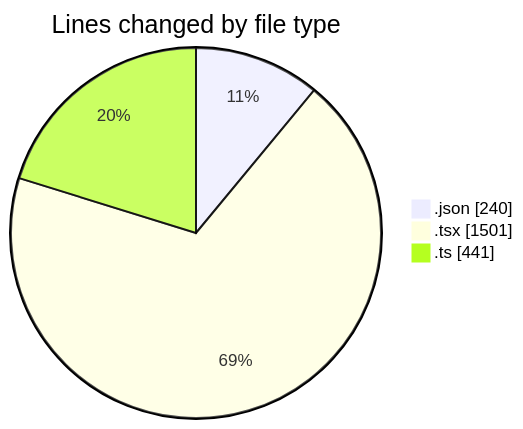
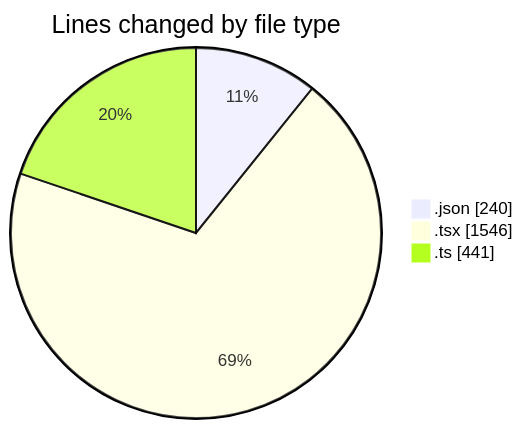
Before and after one commit to julien-gomy/code-tracking: the first of 2 diagrams in 2025-11-17/eventscop-frontend-guide__workspace_/README.md, drawn with Mermaid. The commit also changed other lines of this file and 1 other file, not shown here.

````diff
--- a/2025-11-17/eventscop-frontend-guide__workspace_/README.md
+++ b/2025-11-17/eventscop-frontend-guide__workspace_/README.md
@@ -29,7 +30,7 @@
 ```mermaid
 pie showData
 title Lines changed by file type
 ".json" : 240
-".tsx" : 1501
+".tsx" : 1546
 ".ts" : 441
 ```
````
